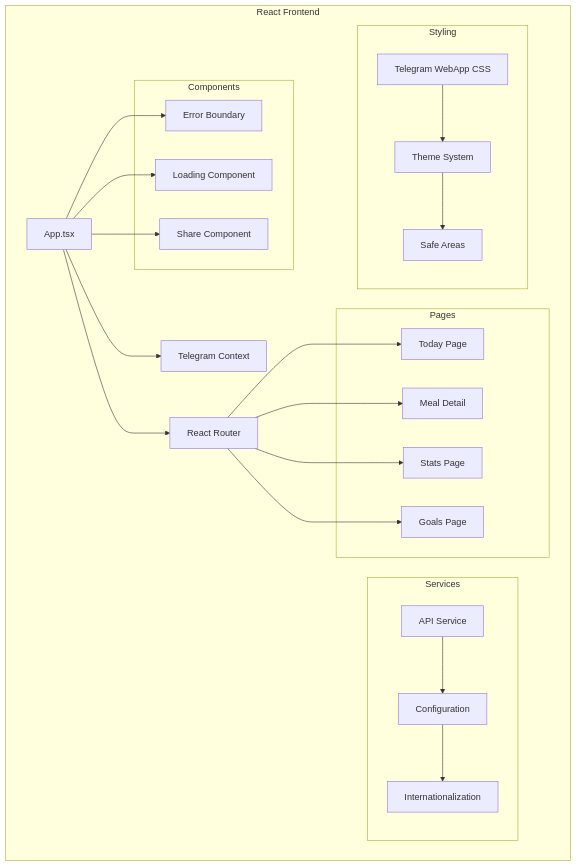
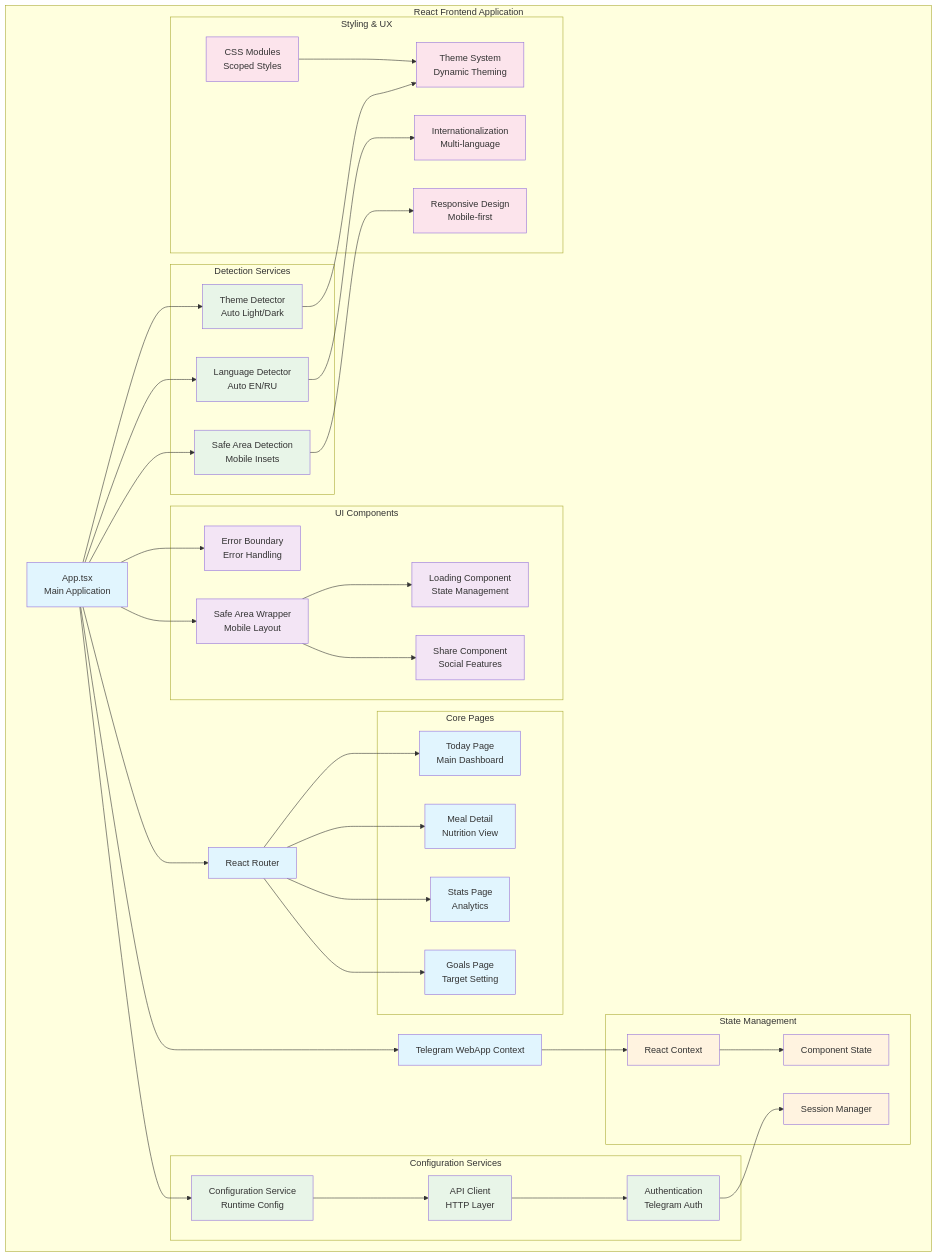
The second of 13 diagrams in docs/ARCHITECTURE.md (gofrolist/calorie-track-ai-bot-api), drawn with Mermaid before and after one commit. The commit also changed other lines of this file and 80 other files, not shown here.

````diff
--- a/docs/ARCHITECTURE.md
+++ b/docs/ARCHITECTURE.md
@@ -67,47 +128,97 @@
 ```mermaid
 graph TD
-    subgraph "React Frontend"
-        APP[App.tsx]
+    subgraph "React Frontend Application"
+        APP[App.tsx<br/>Main Application]
         ROUTER[React Router]
-        CONTEXT[Telegram Context]
+        CONTEXT[Telegram WebApp Context]
 
-        subgraph "Pages"
-            TODAY[Today Page]
-            MEAL[Meal Detail]
-            STATS[Stats Page]
-            GOALS[Goals Page]
+        subgraph "Core Pages"
+            TODAY[Today Page<br/>Main Dashboard]
+            MEAL[Meal Detail<br/>Nutrition View]
+            STATS[Stats Page<br/>Analytics]
+            GOALS[Goals Page<br/>Target Setting]
         end
 
-        subgraph "Components"
-            ERROR[Error Boundary]
-            LOADING[Loading Component]
-            SHARE[Share Component]
+        subgraph "UI Components"
+            ERROR[Error Boundary<br/>Error Handling]
+            LOADING[Loading Component<br/>State Management]
+            SHARE[Share Component<br/>Social Features]
+            SAFE_AREA[Safe Area Wrapper<br/>Mobile Layout]
         end
 
-        subgraph "Services"
-            API_SVC[API Service]
-            CONFIG[Configuration]
-            I18N[Internationalization]
+        subgraph "Detection Services"
+            THEME_DETECT[Theme Detector<br/>Auto Light/Dark]
+            LANG_DETECT[Language Detector<br/>Auto EN/RU]
+            SAFE_DETECT[Safe Area Detection<br/>Mobile Insets]
         end
 
-        subgraph "Styling"
-            CSS[Telegram WebApp CSS]
-            THEMES[Theme System]
-            SAFE[Safe Areas]
+        subgraph "Configuration Services"
+            CONFIG_SVC[Configuration Service<br/>Runtime Config]
+            API_CLIENT[API Client<br/>HTTP Layer]
+            AUTH_MGR[Authentication<br/>Telegram Auth]
+        end
+
+        subgraph "State Management"
+            CONTEXT_API[React Context]
+            LOCAL_STATE[Component State]
+            SESSION_MGR[Session Manager]
+        end
+
+        subgraph "Styling & UX"
+            CSS_MODULES[CSS Modules<br/>Scoped Styles]
+            THEME_SYS[Theme System<br/>Dynamic Theming]
+            I18N[Internationalization<br/>Multi-language]
+            RESPONSIVE[Responsive Design<br/>Mobile-first]
         end
     end
 
+    %% Main app flow
     APP --> ROUTER
     APP --> CONTEXT
+    APP --> ERROR
+
+    %% Router connections
     ROUTER --> TODAY
     ROUTER --> MEAL
     ROUTER --> STATS
     ROUTER --> GOALS
-    APP --> ERROR
-    APP --> LOADING
-    APP --> SHARE
-    API_SVC --> CONFIG
-    CONFIG --> I18N
-    CSS --> THEMES
-    THEMES --> SAFE
+
+    %% Component integration
+    APP --> SAFE_AREA
+    SAFE_AREA --> LOADING
+    SAFE_AREA --> SHARE
+
+    %% Detection services
+    APP --> THEME_DETECT
+    APP --> LANG_DETECT
+    APP --> SAFE_DETECT
+
+    %% Configuration services
+    APP --> CONFIG_SVC
+    CONFIG_SVC --> API_CLIENT
+    API_CLIENT --> AUTH_MGR
+
+    %% State management
+    CONTEXT --> CONTEXT_API
+    CONTEXT_API --> LOCAL_STATE
+    AUTH_MGR --> SESSION_MGR
+
+    %% Styling connections
+    THEME_DETECT --> THEME_SYS
+    LANG_DETECT --> I18N
+    SAFE_DETECT --> RESPONSIVE
+    CSS_MODULES --> THEME_SYS
+
+    %% Styling
+    classDef core fill:#e1f5fe
+    classDef components fill:#f3e5f5
+    classDef services fill:#e8f5e8
+    classDef state fill:#fff3e0
+    classDef styling fill:#fce4ec
+
+    class APP,ROUTER,CONTEXT,TODAY,MEAL,STATS,GOALS core
+    class ERROR,LOADING,SHARE,SAFE_AREA components
+    class THEME_DETECT,LANG_DETECT,SAFE_DETECT,CONFIG_SVC,API_CLIENT,AUTH_MGR services
+    class CONTEXT_API,LOCAL_STATE,SESSION_MGR state
+    class CSS_MODULES,THEME_SYS,I18N,RESPONSIVE styling
 ```
````
